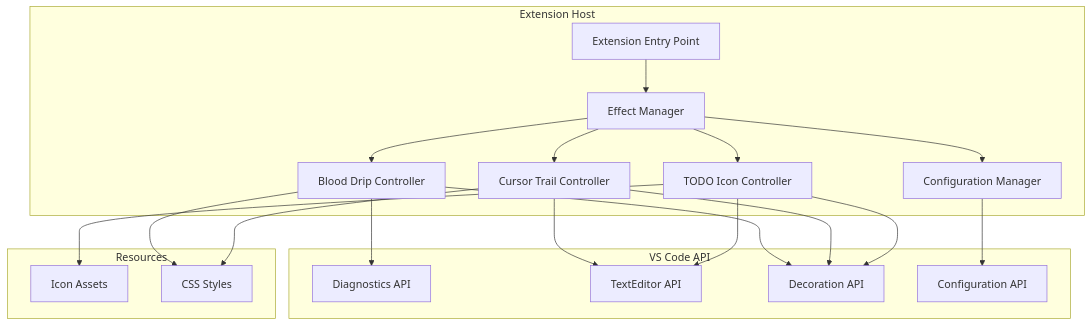
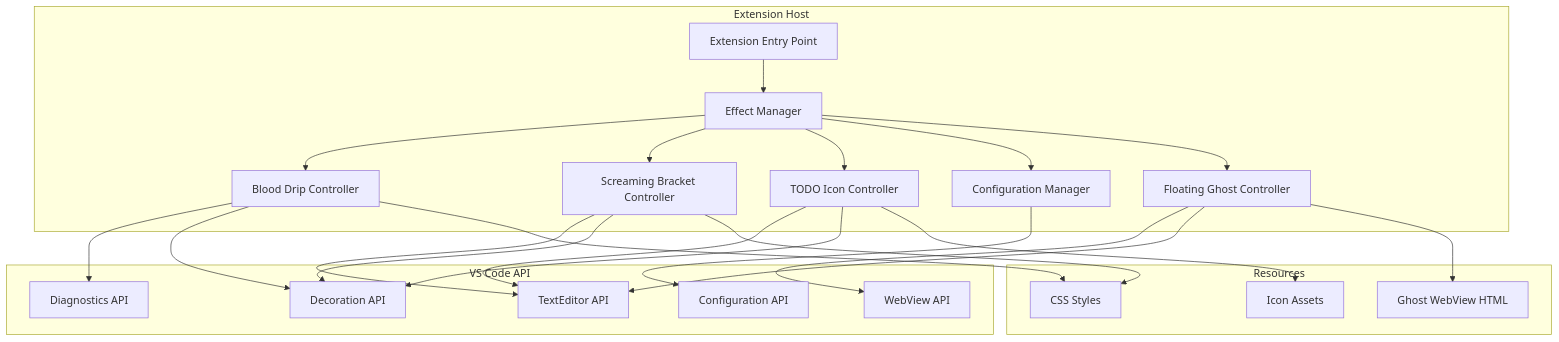
The first of 2 diagrams in .kiro/specs/blood-drip-vscode/design.md (Hung-00/kiroween-haunting-extension), drawn with Mermaid before and after one commit. The commit also changed other lines of this file and 12 other files, not shown here.

````diff
--- a/.kiro/specs/blood-drip-vscode/design.md
+++ b/.kiro/specs/blood-drip-vscode/design.md
@@ -9,34 +9,40 @@
 ```mermaid
 graph TB
     subgraph Extension Host
         A[Extension Entry Point] --> B[Effect Manager]
         B --> C[Blood Drip Controller]
-        B --> D[Cursor Trail Controller]
+        B --> D[Screaming Bracket Controller]
         B --> E[TODO Icon Controller]
         B --> F[Configuration Manager]
+        B --> N[Floating Ghost Controller]
     end
-    
+
     subgraph VS Code API
         G[Diagnostics API]
         H[TextEditor API]
         I[Decoration API]
         J[Configuration API]
+        M[WebView API]
     end
-    
+
     C --> G
     C --> I
     D --> H
     D --> I
     E --> H
     E --> I
     F --> J
-    
+    N --> M
+    N --> H
+
     subgraph Resources
         K[Icon Assets]
         L[CSS Styles]
+        O[Ghost WebView HTML]
     end
-    
+
     E --> K
     C --> L
     D --> L
+    N --> O
 ```
````
